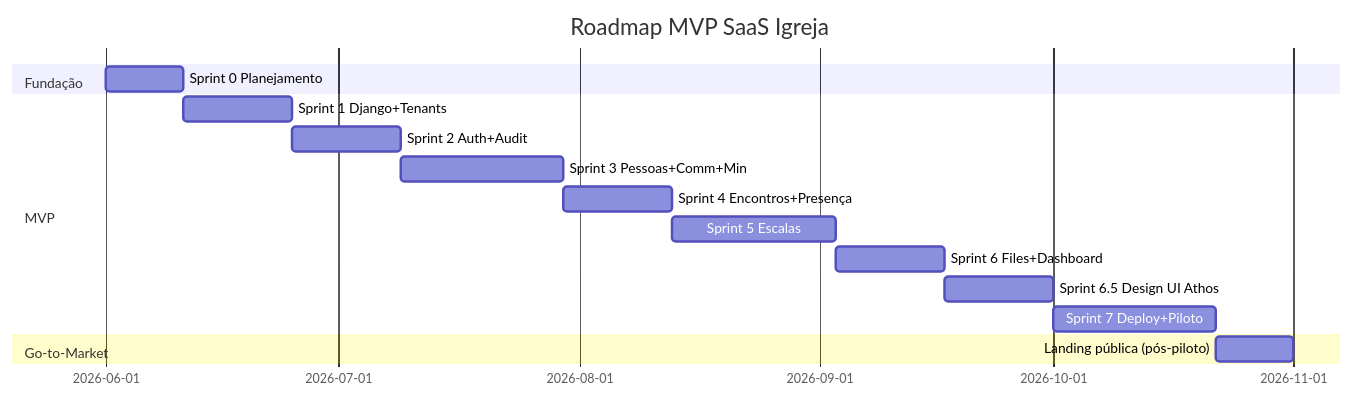
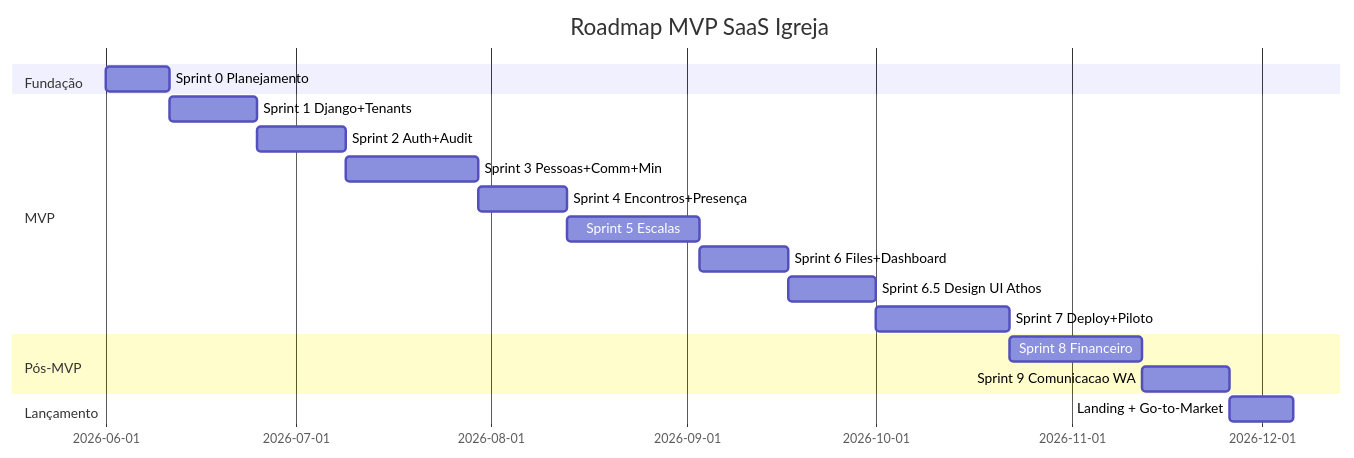
The fifth of 5 diagrams in PRD.md (Ludsonfrancisco/saas_igreja), drawn with Mermaid before and after one commit. The commit also changed other lines of this file and 6 other files, not shown here.

````diff
--- a/PRD.md
+++ b/PRD.md
@@ -1210,18 +1227,21 @@
 ```mermaid
 gantt
   title Roadmap MVP SaaS Igreja
   dateFormat  YYYY-MM-DD
   section Fundação
   Sprint 0 Planejamento      :a0, 2026-06-01, 10d
   section MVP
   Sprint 1 Django+Tenants    :a1, after a0, 14d
   Sprint 2 Auth+Audit        :a2, after a1, 14d
   Sprint 3 Pessoas+Comm+Min  :a3, after a2, 21d
   Sprint 4 Encontros+Presença:a4, after a3, 14d
   Sprint 5 Escalas           :a5, after a4, 21d
   Sprint 6 Files+Dashboard   :a6, after a5, 14d
   Sprint 6.5 Design UI Athos :a65, after a6, 14d
   Sprint 7 Deploy+Piloto     :a7, after a65, 21d
-  section Go-to-Market
-  Landing pública (pós-piloto):a8, after a7, 10d
+  section Pós-MVP
+  Sprint 8 Financeiro        :a8, after a7, 21d
+  Sprint 9 Comunicacao WA    :a9, after a8, 14d
+  section Lançamento
+  Landing + Go-to-Market     :a10, after a9, 10d
 ```
````
